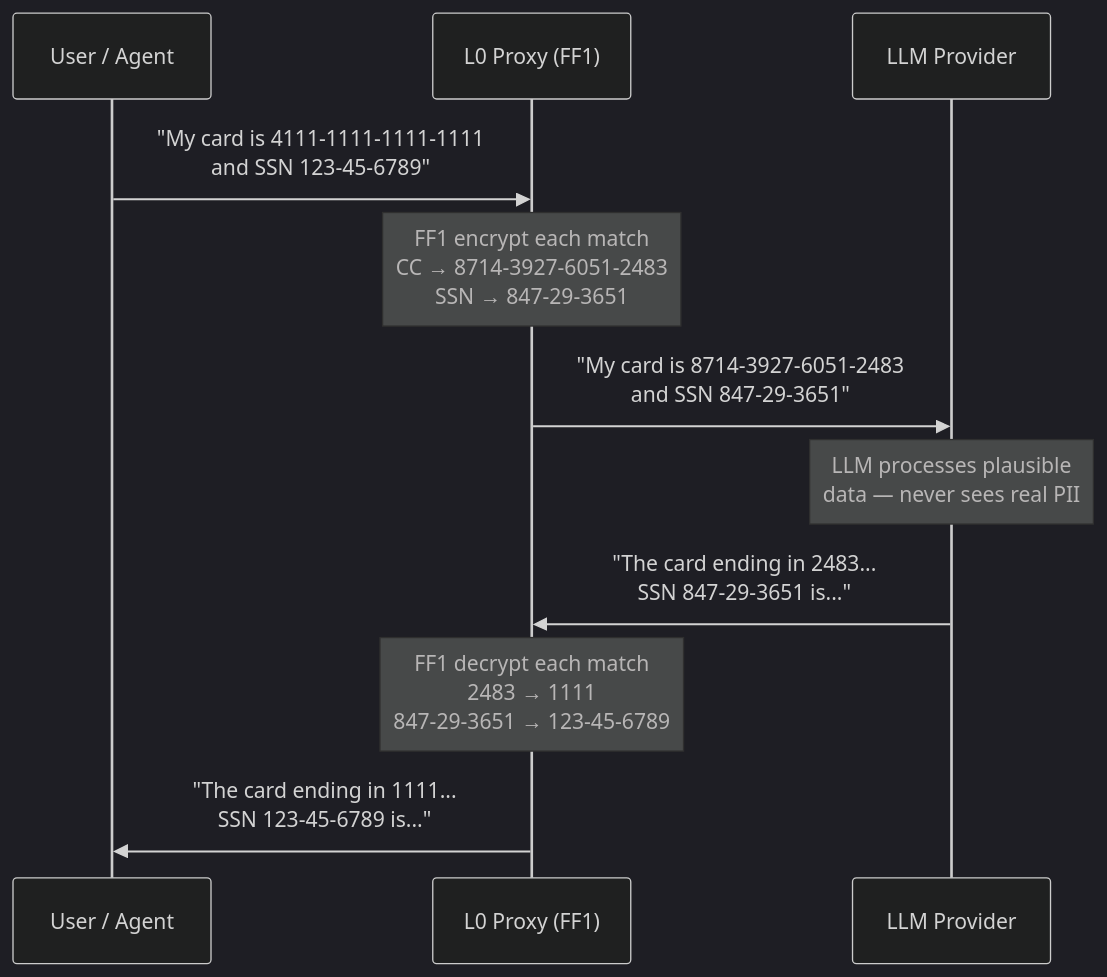
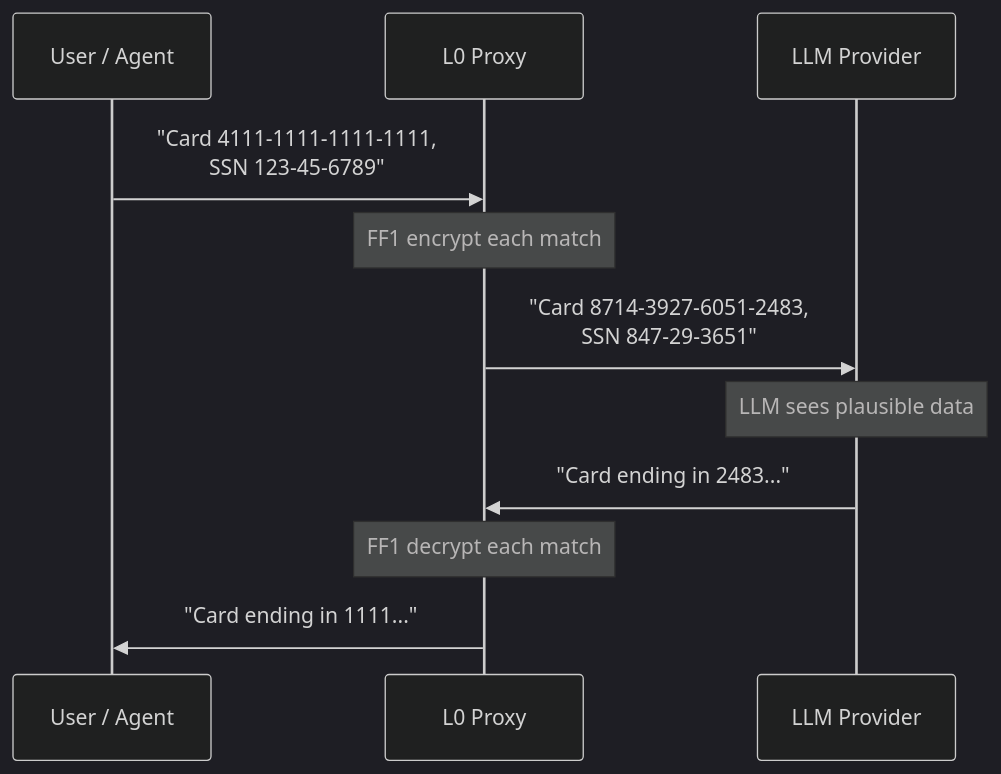
Before and after one commit to OpenObscure/OpenObscure: the fifth of 14 diagrams in ARCHITECTURE.md, drawn with Mermaid (dark theme). The commit also changed other lines of this file and 4 other files, not shown here.

First line of the commit message:
Convert all mermaid diagrams to grayscale and fix text/box overlaps

````diff
--- a/ARCHITECTURE.md
+++ b/ARCHITECTURE.md
@@ -215,20 +215,20 @@
 ```mermaid
 sequenceDiagram
     participant U as User / Agent
-    participant P as L0 Proxy (FF1)
+    participant P as L0 Proxy
     participant L as LLM Provider
 
-    U->>P: "My card is 4111-1111-1111-1111<br/>and SSN 123-45-6789"
+    U->>P: "Card 4111-1111-1111-1111,<br/>SSN 123-45-6789"
 
-    Note over P: FF1 encrypt each match<br/>CC → 8714-3927-6051-2483<br/>SSN → 847-29-3651
+    Note over P: FF1 encrypt each match
 
-    P->>L: "My card is 8714-3927-6051-2483<br/>and SSN 847-29-3651"
+    P->>L: "Card 8714-3927-6051-2483,<br/>SSN 847-29-3651"
 
-    Note over L: LLM processes plausible<br/>data — never sees real PII
+    Note over L: LLM sees plausible data
 
-    L->>P: "The card ending in 2483...<br/>SSN 847-29-3651 is..."
+    L->>P: "Card ending in 2483..."
 
-    Note over P: FF1 decrypt each match<br/>2483 → 1111<br/>847-29-3651 → 123-45-6789
+    Note over P: FF1 decrypt each match
 
-    P->>U: "The card ending in 1111...<br/>SSN 123-45-6789 is..."
+    P->>U: "Card ending in 1111..."
 ```
````
